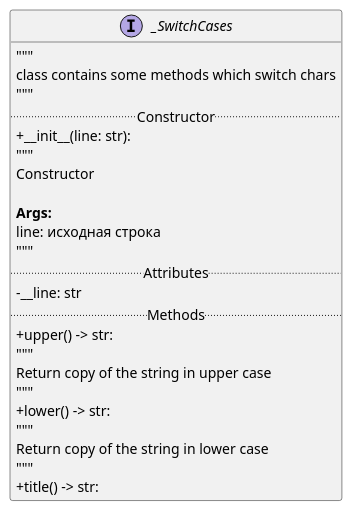
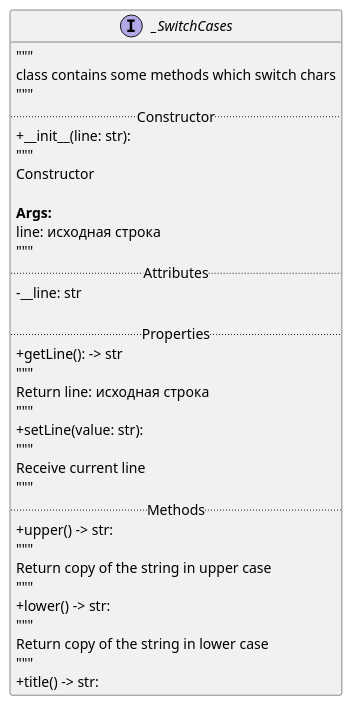
Before and after one commit to future-username/Learn_Python: the diagram in mvp_02_uml_to_py/uml_class_for_test.puml, drawn with PlantUML. The commit also changed other lines of this file and 12 other files, not shown here.

```diff
--- a/mvp_02_uml_to_py/uml_class_for_test.puml
+++ b/mvp_02_uml_to_py/uml_class_for_test.puml
@@ -1,28 +1,38 @@
 @startuml
 skinparam classAttributeIconSize 0
 interface _SwitchCases {
     """
     class contains some methods which switch chars
     """
     .. Constructor ..
     +__init__(line: str):
     """
     Constructor
 
     **Args:**
         line: исходная строка
     """
     .. Attributes ..
     -__line: str
+
+    .. Properties ..
+    + getLine(): -> str
+    """
+    Return line: исходная строка
+    """
+    + setLine(value: str):
+    """
+    Receive current line
+    """
     .. Methods ..
     +upper() -> str:
     """
     Return copy of the string in upper case
     """
     +lower() -> str:
     """
     Return copy of the string in lower case
     """
     +title() -> str:
 }
 @enduml
```
